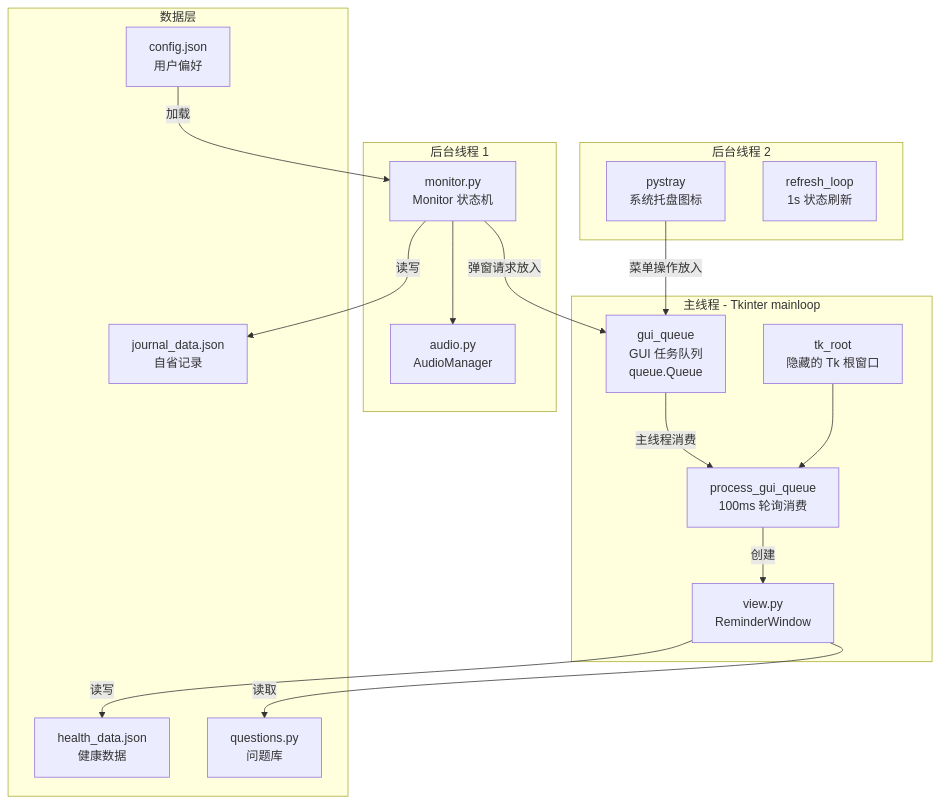
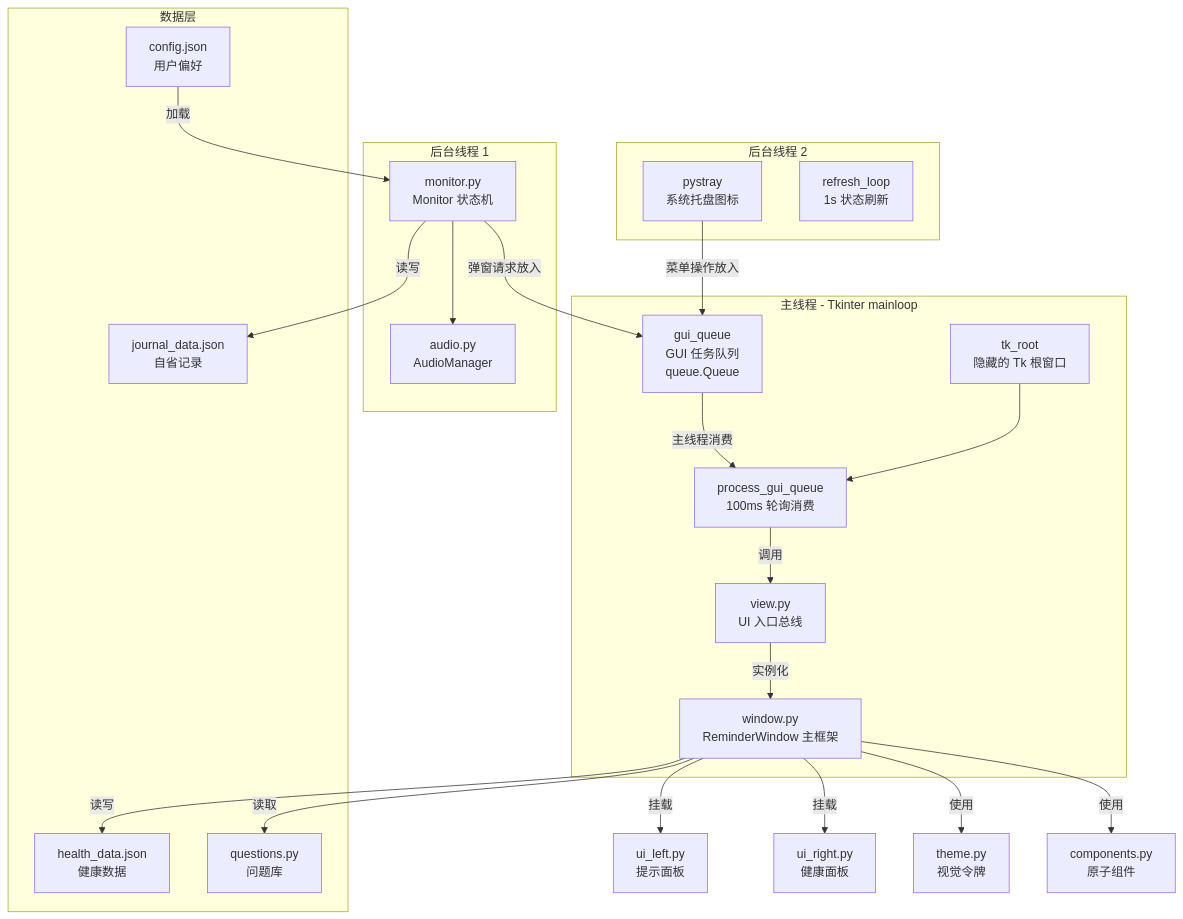
Before and after one commit to YellowDragonLive/work_health: the diagram in ARCHITECTURE.md, drawn with Mermaid. The commit also changed other lines of this file and 13 other files, not shown here.

Commit message:
refactor: 深度模块化 UI 架构，拆分 view 为 window/theme/components/ui_left/ui_right

````diff
--- a/ARCHITECTURE.md
+++ b/ARCHITECTURE.md
@@ -26,37 +26,43 @@
 ```mermaid
 graph TB
     subgraph "主线程 - Tkinter mainloop"
         TK_ROOT["tk_root<br>隐藏的 Tk 根窗口"]
         GUI_QUEUE["gui_queue<br>GUI 任务队列<br>queue.Queue"]
         PROCESS_LOOP["process_gui_queue<br>100ms 轮询消费"]
-        VIEW["view.py<br>ReminderWindow"]
+        VIEW["view.py<br>UI 入口总线"]
+        WINDOW["window.py<br>ReminderWindow 主框架"]
     end
     
     subgraph "后台线程 1"
         MONITOR["monitor.py<br>Monitor 状态机"]
         AUDIO["audio.py<br>AudioManager"]
     end
     
     subgraph "后台线程 2"
         TRAY["pystray<br>系统托盘图标"]
         REFRESH["refresh_loop<br>1s 状态刷新"]
     end
     
     subgraph "数据层"
         CONFIG["config.json<br>用户偏好"]
         HEALTH["health_data.json<br>健康数据"]
         JOURNAL["journal_data.json<br>自省记录"]
         QUESTIONS["questions.py<br>问题库"]
     end
 
     TRAY -->|菜单操作放入| GUI_QUEUE
     MONITOR -->|弹窗请求放入| GUI_QUEUE
     GUI_QUEUE -->|主线程消费| PROCESS_LOOP
-    PROCESS_LOOP -->|创建| VIEW
+    PROCESS_LOOP -->|调用| VIEW
+    VIEW -->|实例化| WINDOW
+    WINDOW -->|挂载| UI_LEFT["ui_left.py<br>提示面板"]
+    WINDOW -->|挂载| UI_RIGHT["ui_right.py<br>健康面板"]
+    WINDOW -->|使用| THEME["theme.py<br>视觉令牌"]
+    WINDOW -->|使用| COMPONENTS["components.py<br>原子组件"]
     MONITOR --> AUDIO
     MONITOR -->|读写| JOURNAL
-    VIEW -->|读写| HEALTH
-    VIEW -->|读取| QUESTIONS
+    WINDOW -->|读写| HEALTH
+    WINDOW -->|读取| QUESTIONS
     CONFIG -->|加载| MONITOR
     TK_ROOT --> PROCESS_LOOP
 ```
````
